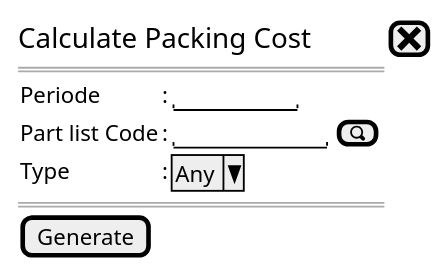
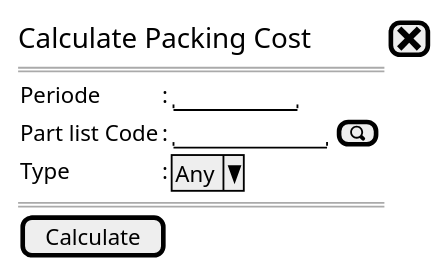
One commit to ari-fikri/packing-cost-mockup changed the diagram in PPR/PPR - newstep0c.puml. Above: the diagram before and after it, drawn with PlantUML. The commit also changed 3 other files, not shown here.

```diff
--- a/PPR/PPR - newstep0c.puml
+++ b/PPR/PPR - newstep0c.puml
@@ -1,13 +1,13 @@
 @startsalt
 {
   <size:15>Calculate Packing Cost |[<size:20><&x>]|*
   ==
   {
     |Periode        |:|"        "|*
     |Part list Code |:|"          "|[<&magnifying-glass>] 
     |Type           |:|^Any^|*
   }
   ==
-  [Generate]
+  [Calculate]
 }
 @endsalt
```
